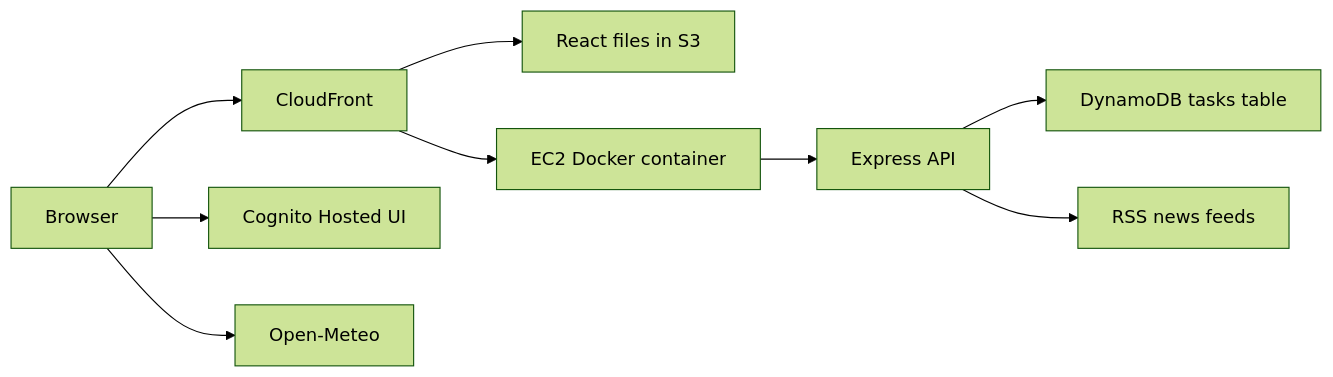
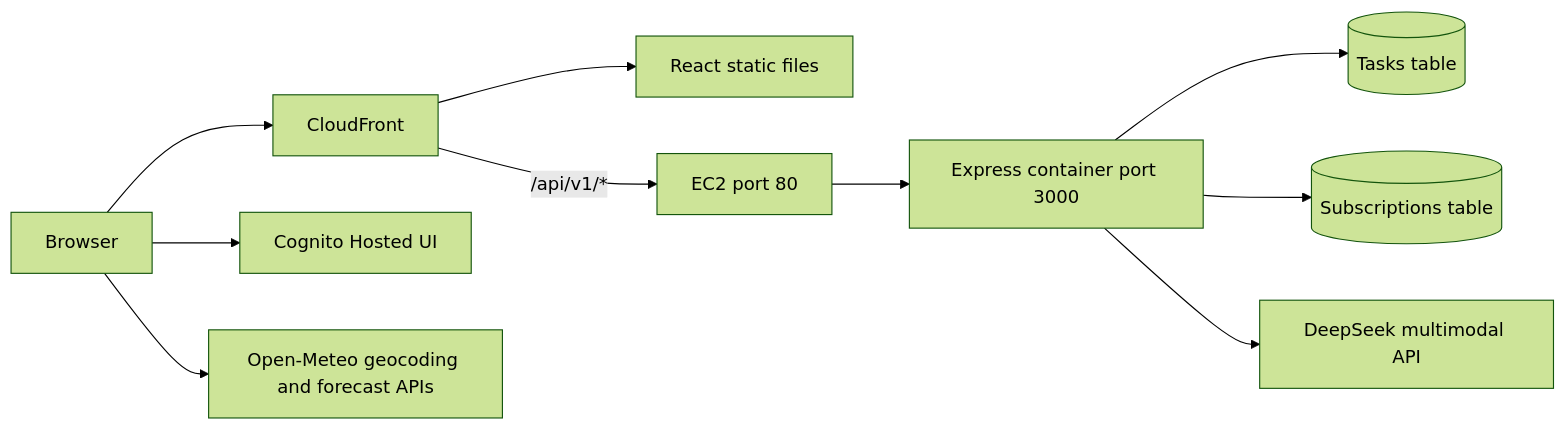
Before and after one commit to smtcoach/personal-toolkit-aws: the first of 2 diagrams in ARCHITECTURE.md, drawn with Mermaid (forest theme). The commit also changed other lines of this file and 6 other files, not shown here.

````diff
--- a/ARCHITECTURE.md
+++ b/ARCHITECTURE.md
@@ -3,11 +5,12 @@
 ```mermaid
 flowchart LR
   Browser --> CloudFront
-  CloudFront --> S3["React files in S3"]
-  CloudFront --> EC2["EC2 Docker container"]
-  Browser --> Cognito["Cognito Hosted UI"]
-  EC2 --> Express["Express API"]
-  Express --> DynamoDB["DynamoDB tasks table"]
-  Express --> RSS["RSS news feeds"]
-  Browser --> Weather["Open-Meteo"]
+  CloudFront --> S3[React static files]
+  CloudFront -->|/api/v1/*| EC2[EC2 port 80]
+  EC2 --> Docker[Express container port 3000]
+  Browser --> Cognito[Cognito Hosted UI]
+  Docker --> Tasks[(Tasks table)]
+  Docker --> Subscriptions[(Subscriptions table)]
+  Docker --> DeepSeek[DeepSeek multimodal API]
+  Browser --> OpenMeteo[Open-Meteo geocoding and forecast APIs]
 ```
````
